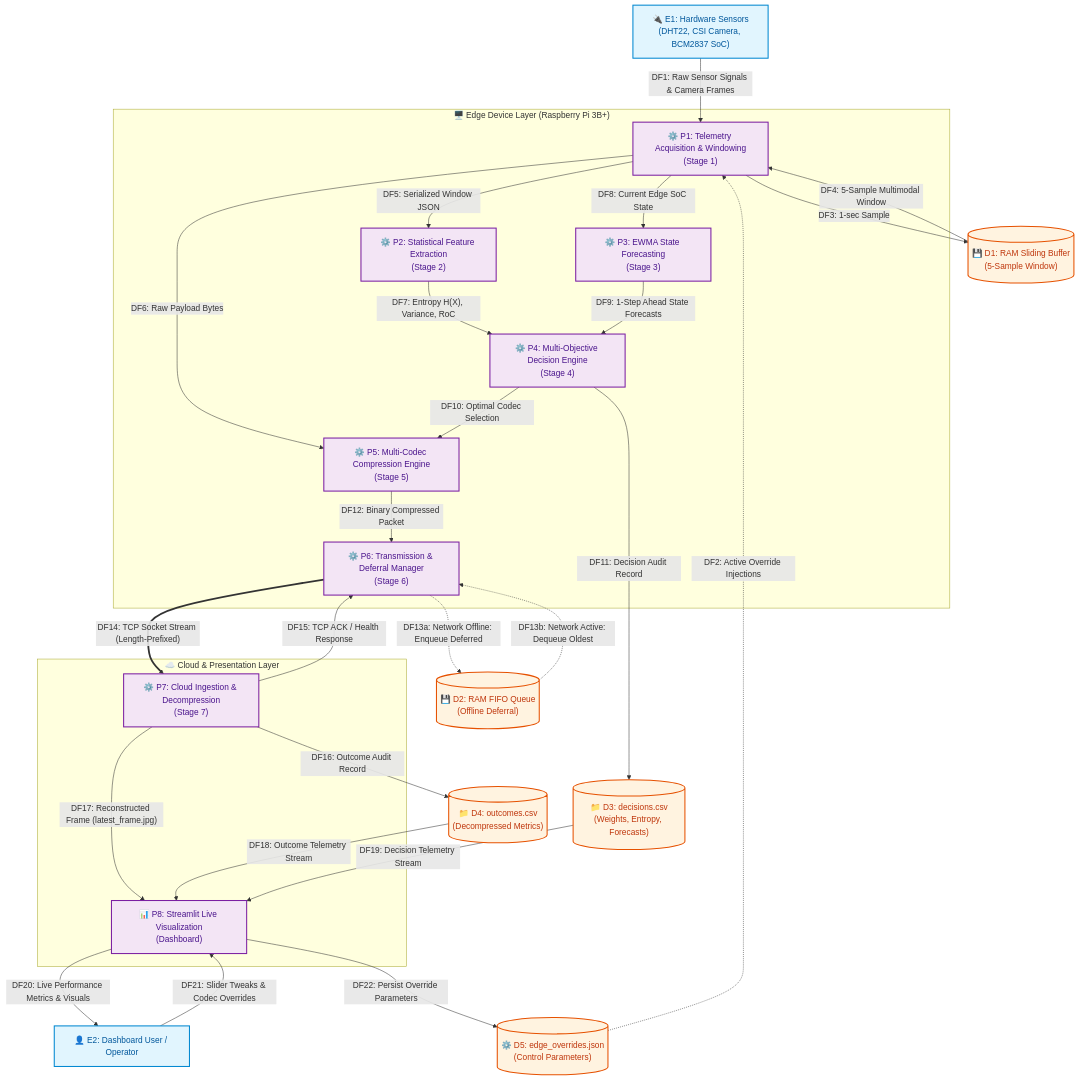
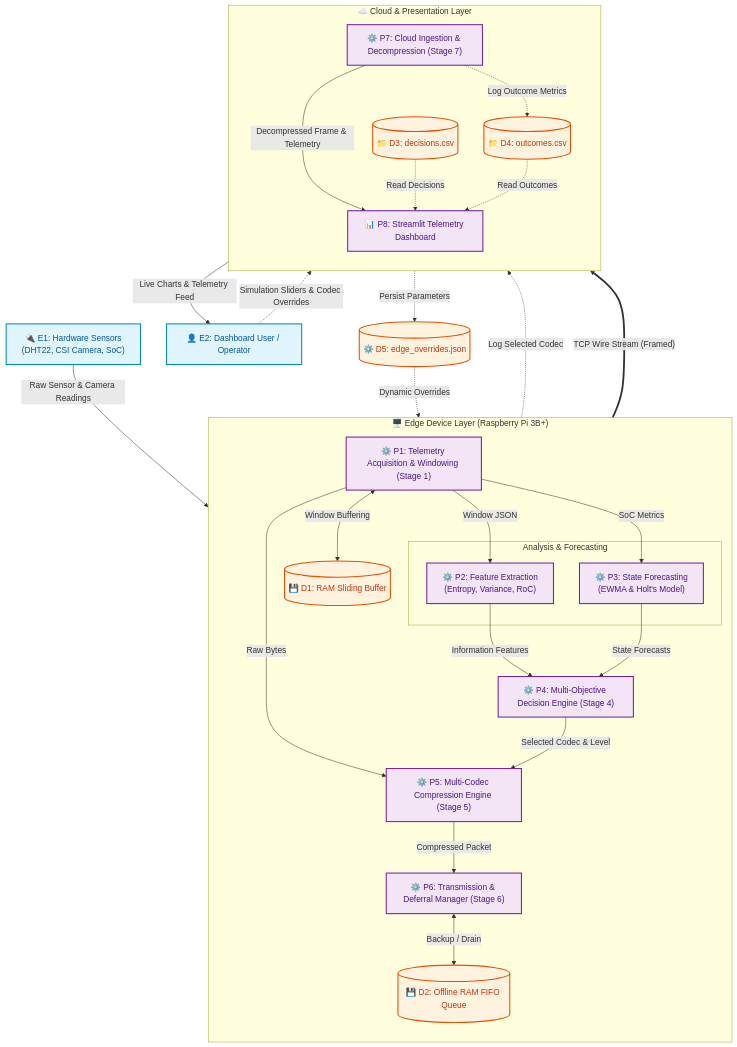
The second of 4 diagrams in docs/data_flow_diagram.md (jain05vaibhav/Predictive-Multi-Objective-Compression-Selection), drawn with Mermaid before and after one commit. The commit also changed other lines of this file, not shown here.

````diff
--- a/docs/data_flow_diagram.md
+++ b/docs/data_flow_diagram.md
@@ -46,76 +46,73 @@
 ```mermaid
 flowchart TD
     %% External Entities
-    E1["🔌 E1: Hardware Sensors<br/>(DHT22, CSI Camera, BCM2837 SoC)"]
+    E1["🔌 E1: Hardware Sensors<br/>(DHT22, CSI Camera, SoC)"]
     E2["👤 E2: Dashboard User / Operator"]
 
-    %% Data Stores
-    D1[("💾 D1: RAM Sliding Buffer<br/>(5-Sample Window)")]
-    D2[("💾 D2: RAM FIFO Queue<br/>(Offline Deferral)")]
-    D3[("📁 D3: decisions.csv<br/>(Weights, Entropy, Forecasts)")]
-    D4[("📁 D4: outcomes.csv<br/>(Decompressed Metrics)")]
-    D5[("⚙️ D5: edge_overrides.json<br/>(Control Parameters)")]
+    %% Edge Device Layer
+    subgraph EDGE ["🖥️ Edge Device Layer (Raspberry Pi 3B+)"]
+        direction TB
+        P1["⚙️ P1: Telemetry Acquisition & Windowing (Stage 1)"]
+        D1[("💾 D1: RAM Sliding Buffer")]
+        
+        P1 <-->|"Window Buffering"| D1
 
-    %% Edge Processes
-    subgraph EDGE ["🖥️ Edge Device Layer (Raspberry Pi 3B+)"]
-        P1["⚙️ P1: Telemetry Acquisition & Windowing<br/>(Stage 1)"]
-        P2["⚙️ P2: Statistical Feature Extraction<br/>(Stage 2)"]
-        P3["⚙️ P3: EWMA State Forecasting<br/>(Stage 3)"]
-        P4["⚙️ P4: Multi-Objective Decision Engine<br/>(Stage 4)"]
-        P5["⚙️ P5: Multi-Codec Compression Engine<br/>(Stage 5)"]
-        P6["⚙️ P6: Transmission & Deferral Manager<br/>(Stage 6)"]
+        subgraph ANALYTICS ["Analysis & Forecasting"]
+            P2["⚙️ P2: Feature Extraction<br/>(Entropy, Variance, RoC)"]
+            P3["⚙️ P3: State Forecasting<br/>(EWMA & Holt's Model)"]
+        end
+
+        P4["⚙️ P4: Multi-Objective Decision Engine (Stage 4)"]
+        P5["⚙️ P5: Multi-Codec Compression Engine (Stage 5)"]
+        P6["⚙️ P6: Transmission & Deferral Manager (Stage 6)"]
+        D2[("💾 D2: Offline RAM FIFO Queue")]
+
+        P1 -->|"Window JSON"| P2
+        P1 -->|"SoC Metrics"| P3
+        P1 -->|"Raw Bytes"| P5
+
+        P2 -->|"Information Features"| P4
+        P3 -->|"State Forecasts"| P4
+
+        P4 -->|"Selected Codec & Level"| P5
+        P5 -->|"Compressed Packet"| P6
+        P6 <-->|"Backup / Drain"| D2
     end
 
-    %% Cloud & Dashboard Processes
+    %% Cloud & Dashboard Layer
     subgraph CLOUD ["☁️ Cloud & Presentation Layer"]
-        P7["⚙️ P7: Cloud Ingestion & Decompression<br/>(Stage 7)"]
-        P8["📊 P8: Streamlit Live Visualization<br/>(Dashboard)"]
+        direction TB
+        P7["⚙️ P7: Cloud Ingestion & Decompression (Stage 7)"]
+        P8["📊 P8: Streamlit Telemetry Dashboard"]
+        
+        D3[("📁 D3: decisions.csv")]
+        D4[("📁 D4: outcomes.csv")]
+
+        P7 -->|"Decompressed Frame & Telemetry"| P8
+        P7 -.->|"Log Outcome Metrics"| D4
+        D3 -.->|"Read Decisions"| P8
+        D4 -.->|"Read Outcomes"| P8
     end
 
-    %% Data Flows
-    E1 -->|"DF1: Raw Sensor Signals & Camera Frames"| P1
-    D5 -.->|"DF2: Active Override Injections"| P1
+    %% Shared Config Store
+    D5[("⚙️ D5: edge_overrides.json")]
+
+    %% End-to-End Inter-Layer Flows
+    E1 -->|"Raw Sensor & Camera Readings"| P1
+    P4 -.->|"Log Selected Codec"| D3
+    P6 ==>|"TCP Wire Stream (Framed)"| P7
     
-    P1 -->|"DF3: 1-sec Sample"| D1
-    D1 -->|"DF4: 5-Sample Multimodal Window"| P1
-    
-    P1 -->|"DF5: Serialized Window JSON"| P2
-    P1 -->|"DF6: Raw Payload Bytes"| P5
-
-    P2 -->|"DF7: Entropy H(X), Variance, RoC"| P4
-    
-    P1 -->|"DF8: Current Edge SoC State"| P3
-    P3 -->|"DF9: 1-Step Ahead State Forecasts"| P4
-    
-    P4 -->|"DF10: Optimal Codec Selection"| P5
-    P4 -->|"DF11: Decision Audit Record"| D3
-    
-    P5 -->|"DF12: Binary Compressed Packet"| P6
-    
-    %% Resilience & Network Handling
-    P6 -.->|"DF13a: Network Offline: Enqueue Deferred"| D2
-    D2 -.->|"DF13b: Network Active: Dequeue Oldest"| P6
-    
-    %% Transmission to Cloud
-    P6 ==>|"DF14: TCP Socket Stream (Length-Prefixed)"| P7
-    
-    P7 -->|"DF15: TCP ACK / Health Response"| P6
-    P7 -->|"DF16: Outcome Audit Record"| D4
-    P7 -->|"DF17: Reconstructed Frame (latest_frame.jpg)"| P8
-    
-    D4 -->|"DF18: Outcome Telemetry Stream"| P8
-    D3 -->|"DF19: Decision Telemetry Stream"| P8
-    
-    P8 -->|"DF20: Live Performance Metrics & Visuals"| E2
-    E2 -->|"DF21: Slider Tweaks & Codec Overrides"| P8
-    P8 -->|"DF22: Persist Override Parameters"| D5
+    P8 -->|"Live Charts & Telemetry Feed"| E2
+    E2 -.->|"Simulation Sliders & Codec Overrides"| P8
+    P8 -.->|"Persist Parameters"| D5
+    D5 -.->|"Dynamic Overrides"| P1
 
     %% Styling
     classDef entity fill:#e1f5fe,stroke:#0288d1,stroke-width:2px,color:#01579b;
     classDef process fill:#f3e5f5,stroke:#7b1fa2,stroke-width:2px,color:#4a148c;
     classDef store fill:#fff3e0,stroke:#e65100,stroke-width:2px,color:#bf360c;
 
     class E1,E2 entity;
     class P1,P2,P3,P4,P5,P6,P7,P8 process;
     class D1,D2,D3,D4,D5 store;
 ```
````
